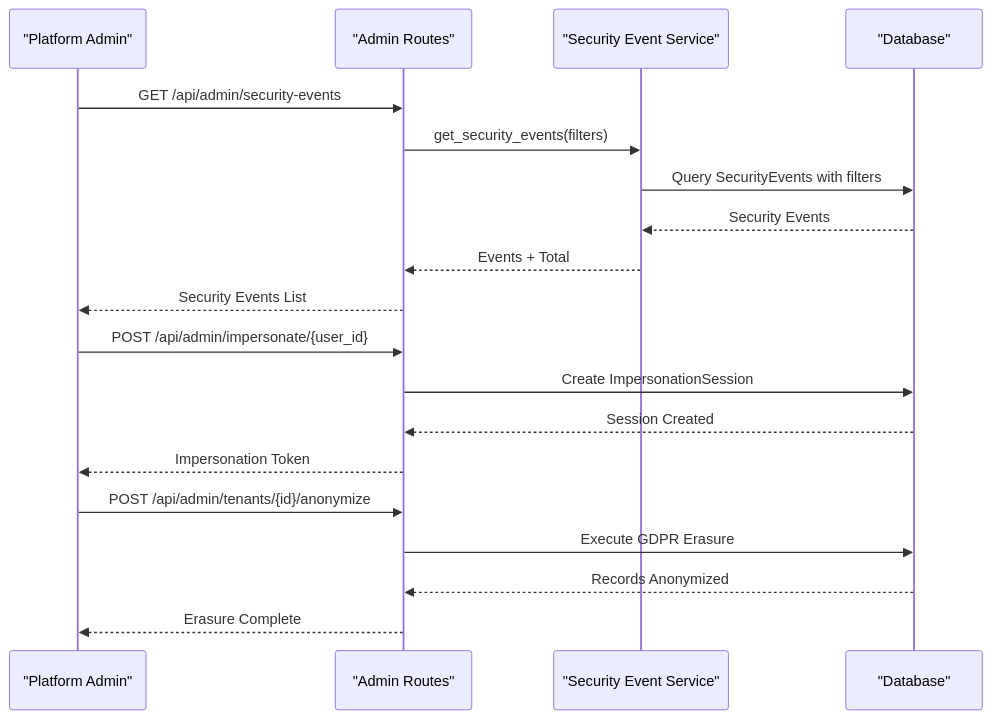
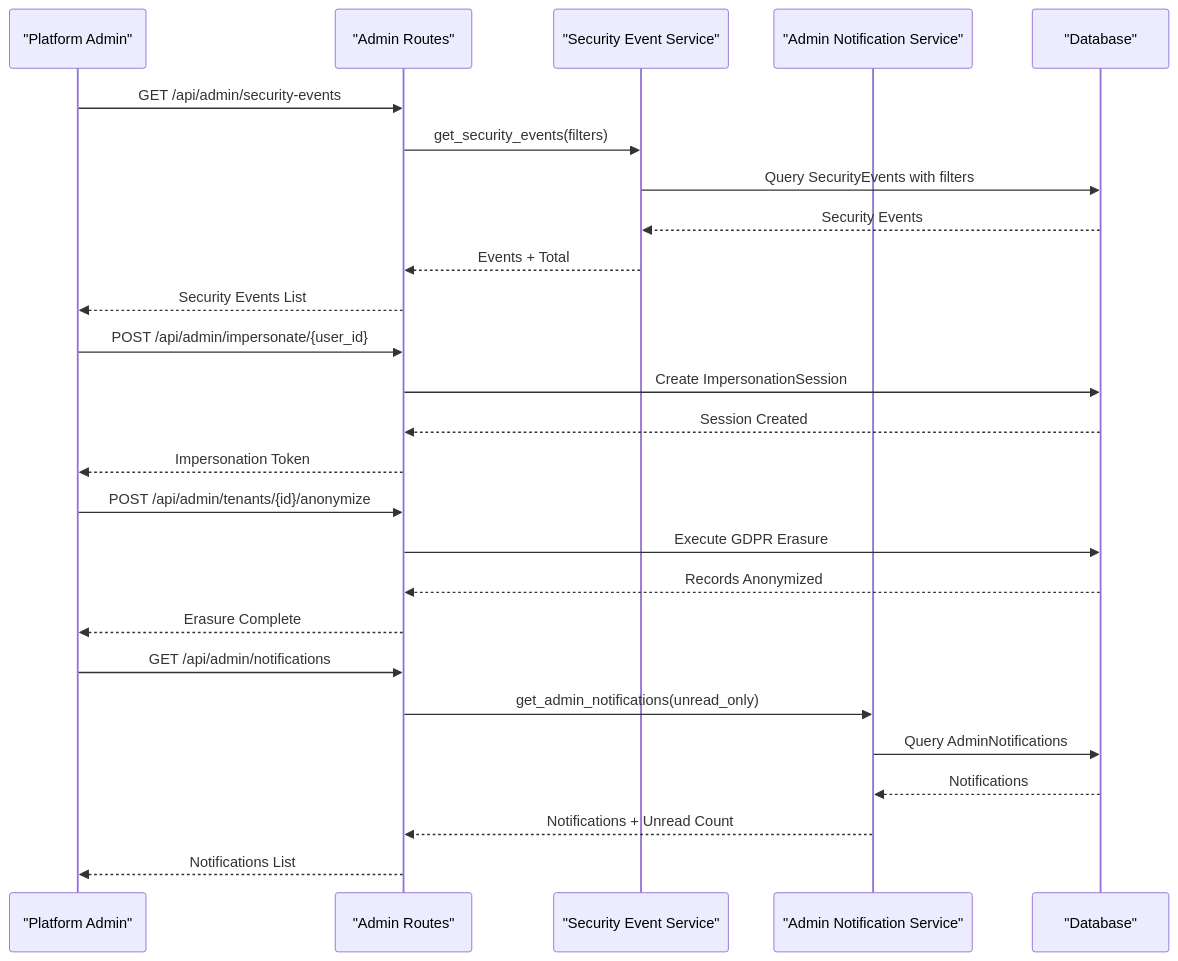
One commit to Revanththetalogics/aireume changed the third of 22 diagrams in .qoder/repowiki/en/content/Multi-Tenant System/Multi-Tenant System.md. Above: the diagram before and after it, drawn with Mermaid. The commit also changed other lines of this file and 13 other files, not shown here.

````diff
--- a/.qoder/repowiki/en/content/Multi-Tenant System/Multi-Tenant System.md
+++ b/.qoder/repowiki/en/content/Multi-Tenant System/Multi-Tenant System.md
@@ -573,21 +634,28 @@
 ```mermaid
 sequenceDiagram
 participant Admin as "Platform Admin"
 participant AdminRoute as "Admin Routes"
 participant SecurityService as "Security Event Service"
+participant NotificationService as "Admin Notification Service"
 participant DB as "Database"
 Admin->>AdminRoute : GET /api/admin/security-events
 AdminRoute->>SecurityService : get_security_events(filters)
 SecurityService->>DB : Query SecurityEvents with filters
 DB-->>SecurityService : Security Events
 SecurityService-->>AdminRoute : Events + Total
 AdminRoute-->>Admin : Security Events List
 Admin->>AdminRoute : POST /api/admin/impersonate/{user_id}
 AdminRoute->>DB : Create ImpersonationSession
 DB-->>AdminRoute : Session Created
 AdminRoute-->>Admin : Impersonation Token
 Admin->>AdminRoute : POST /api/admin/tenants/{id}/anonymize
 AdminRoute->>DB : Execute GDPR Erasure
 DB-->>AdminRoute : Records Anonymized
 AdminRoute-->>Admin : Erasure Complete
+Admin->>AdminRoute : GET /api/admin/notifications
+AdminRoute->>NotificationService : get_admin_notifications(unread_only)
+NotificationService->>DB : Query AdminNotifications
+DB-->>NotificationService : Notifications
+NotificationService-->>AdminRoute : Notifications + Unread Count
+AdminRoute-->>Admin : Notifications List
 ```
````
